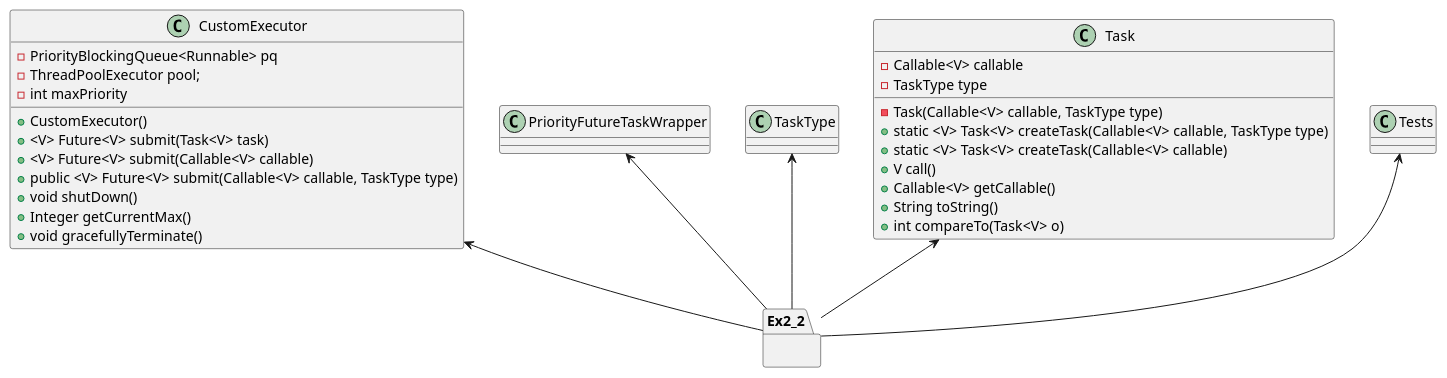
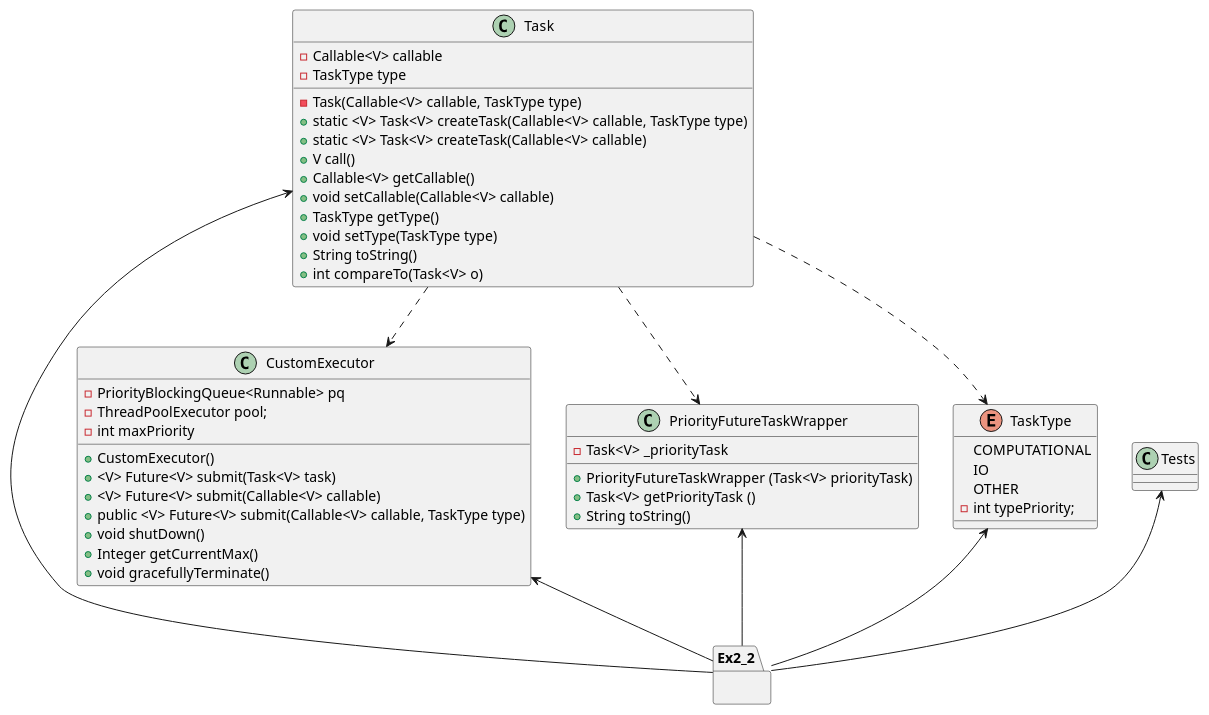
One commit to ofirshitrit/OOP-Ex2 changed the diagram in src/Ex2_2/Diagram2.puml. Above: the diagram before and after it, drawn with PlantUML. The commit also changed 2 other files, not shown here.

```diff
--- a/src/Ex2_2/Diagram2.puml
+++ b/src/Ex2_2/Diagram2.puml
@@ -1,39 +1,63 @@
 @startuml
 CustomExecutor <-- Ex2_2
+Task <-- Ex2_2
 PriorityFutureTaskWrapper <-- Ex2_2
 TaskType <-- Ex2_2
-Task <-- Ex2_2
 Tests <-- Ex2_2
+Task ..> CustomExecutor
+Task ..> TaskType
+Task ..> PriorityFutureTaskWrapper
+
+
 
 package Ex2_2{
 
 }
 
 class CustomExecutor {
 
  - PriorityBlockingQueue<Runnable> pq
    - ThreadPoolExecutor pool;
    - int maxPriority
      + CustomExecutor()
      + <V> Future<V> submit(Task<V> task)
      + <V> Future<V> submit(Callable<V> callable)
     + public <V> Future<V> submit(Callable<V> callable, TaskType type)
     + void shutDown()
     + Integer getCurrentMax()
     + void gracefullyTerminate()
 }
 
-
 class Task{
 - Callable<V> callable
 - TaskType type
 - Task(Callable<V> callable, TaskType type)
 + static <V> Task<V> createTask(Callable<V> callable, TaskType type)
 + static <V> Task<V> createTask(Callable<V> callable)
 + V call()
 + Callable<V> getCallable()
++ void setCallable(Callable<V> callable)
++ TaskType getType()
++ void setType(TaskType type)
 + String toString()
 + int compareTo(Task<V> o)
 }
 
+
+
+enum TaskType{
+    COMPUTATIONAL
+    IO
+    OTHER
+    - int typePriority;
+}
+
+class PriorityFutureTaskWrapper{
+- Task<V> _priorityTask
++ PriorityFutureTaskWrapper (Task<V> priorityTask)
++ Task<V> getPriorityTask ()
++ String toString()
+}
+
+
 @enduml
```
